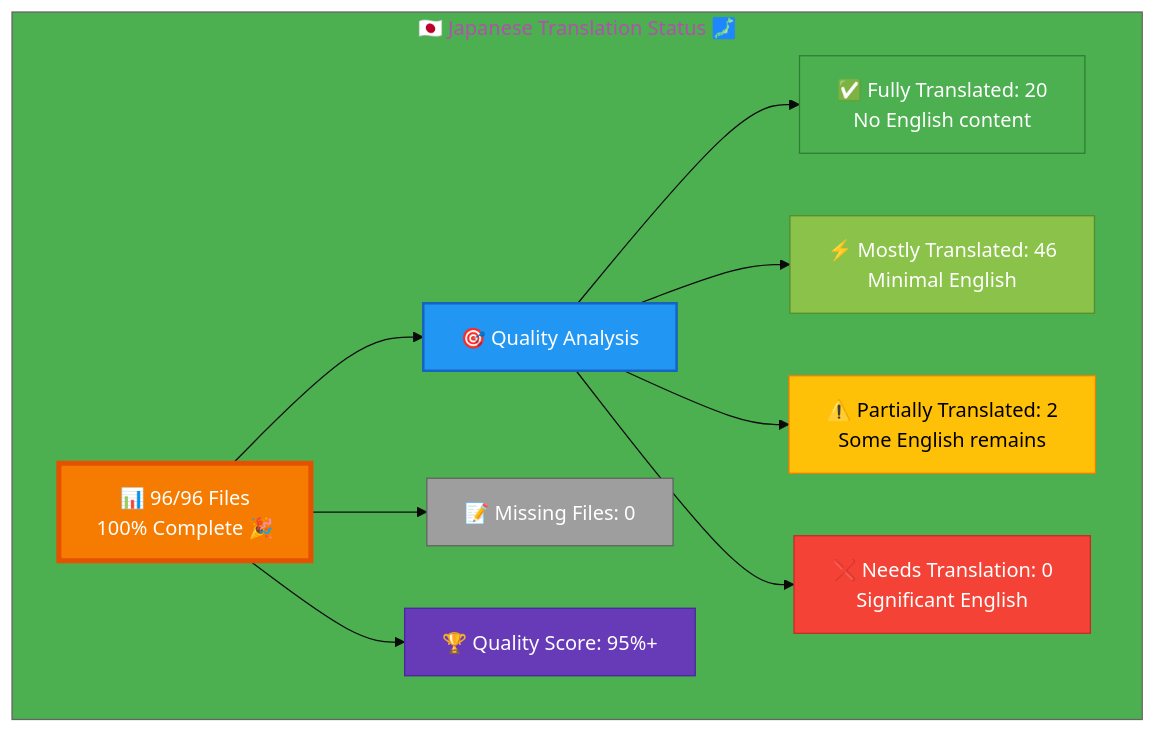
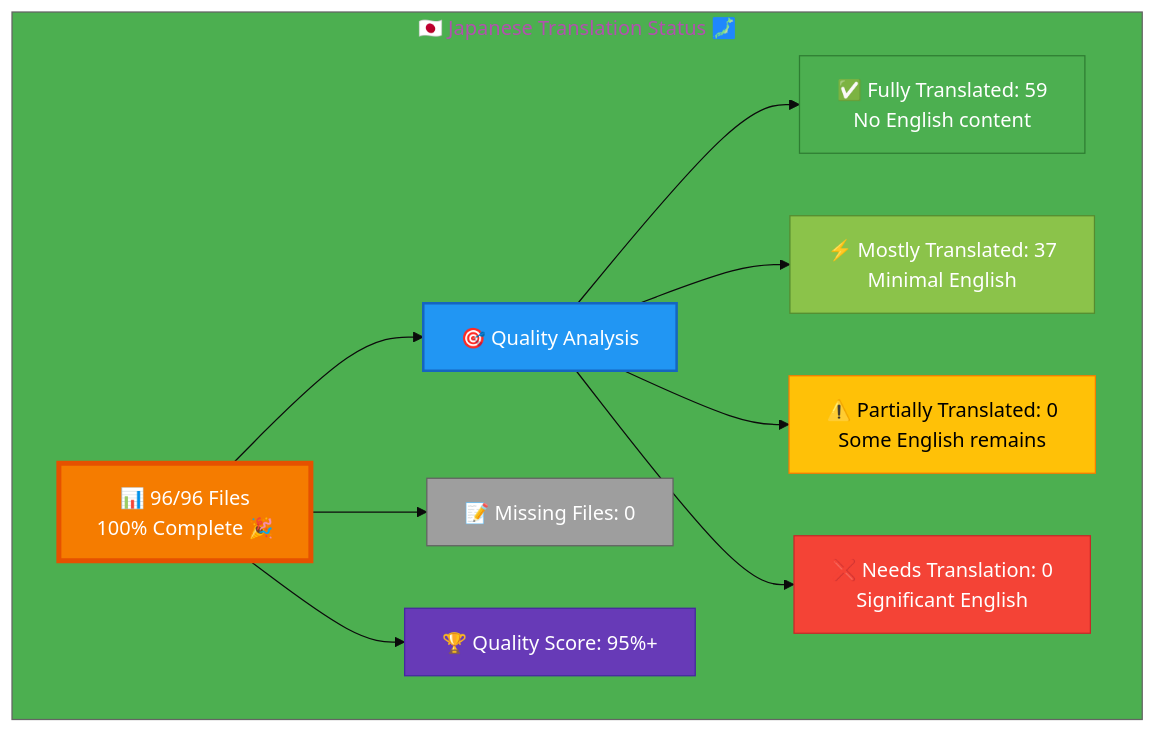
Before and after one commit to Hack23/homepage: the diagram in Japanese-Translation-Status.md, drawn with Mermaid. The commit also changed 2 other files, not shown here.

Commit message:
fix: Add comprehensive keywords to industry pages and update mermaid diagram metrics

````diff
--- a/Japanese-Translation-Status.md
+++ b/Japanese-Translation-Status.md
@@ -12,26 +12,26 @@
 ```mermaid
 %%{init: {'theme':'base', 'themeVariables': {'primaryColor':'#F57C00','secondaryColor':'#2196F3','tertiaryColor':'#4CAF50','fontSize':'16px'}}}%%
 graph TB
     subgraph "🇯🇵 Japanese Translation Status 🗾"
         A["📊 96/96 Files<br/>100% Complete 🎉 "]
         
         A --> B["🎯 Quality Analysis"]
-        B --> C["✅ Fully Translated: 20<br/>No English content"]
-        B --> D["⚡ Mostly Translated: 46<br/>Minimal English"]
-        B --> E["⚠️  Partially Translated: 2<br/>Some English remains"]
+        B --> C["✅ Fully Translated: 59<br/>No English content"]
+        B --> D["⚡ Mostly Translated: 37<br/>Minimal English"]
+        B --> E["⚠️  Partially Translated: 0<br/>Some English remains"]
         B --> F["❌ Needs Translation: 0<br/>Significant English"]
         
         A --> G["📝 Missing Files: 0"]
         
         A --> H["🏆 Quality Score: 95%+"]
         
         style A fill:#F57C00,stroke:#E65100,color:#fff,stroke-width:4px
         style B fill:#2196F3,stroke:#1565C0,color:#fff,stroke-width:2px
         style C fill:#4CAF50,stroke:#2E7D32,color:#fff
         style D fill:#8BC34A,stroke:#558B2F,color:#fff
         style E fill:#FFC107,stroke:#F57C00,color:#000
         style F fill:#F44336,stroke:#C62828,color:#fff
         style G fill:#9E9E9E,stroke:#616161,color:#fff
         style H fill:#673AB7,stroke:#4527A0,color:#fff
     end
 ```
````
